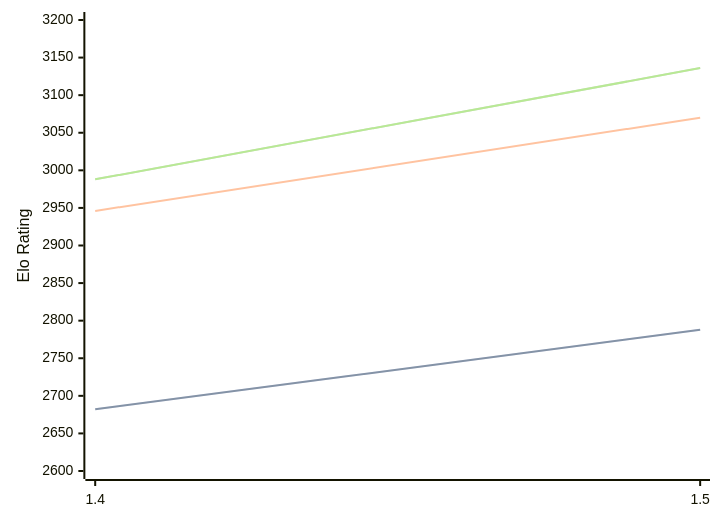
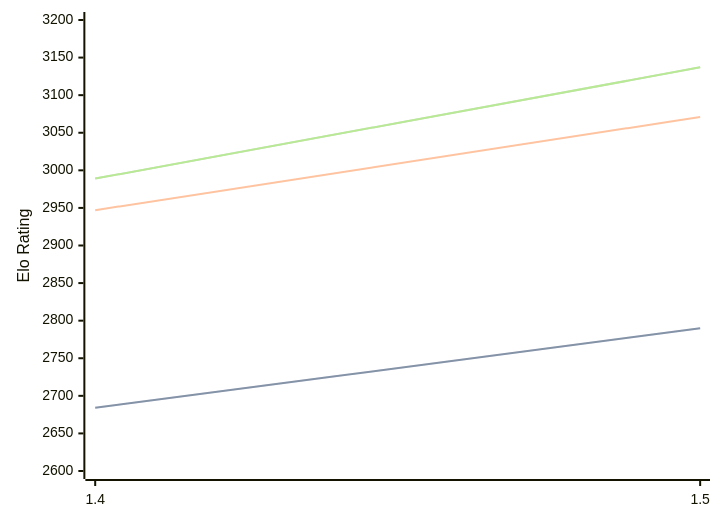
One commit to computer-chess-index/cci changed the diagram in engines/Yakka.md. Above: the diagram before and after it, drawn with Mermaid. The commit also changed other lines of this file, not shown here.

Commit message:
Update CCI Ratings (ELO VLTC) - 2026-03-29

````diff
--- a/engines/Yakka.md
+++ b/engines/Yakka.md
@@ -36,11 +36,11 @@
 ```mermaid
 %%{init: {"theme":"base","themeVariables":{"seriesColors:['#a3a3a3','#222221','#faa371']}}}%%
 xychart-beta
   x-axis ["1.4", "1.5"]
   y-axis "Elo Rating" 2600 --> 3200
-  line "STC (8.0+0.08s)" [2682, 2788]
-  line "STC (8.0+0.08s)" [2682, 2788]
-  line "LTC (60.0+0.60s)" [2946, 3070]
-  line "VLTC (2m24s+1.12s)" [2988, 3136]
-  line "VLTC (2m24s+1.12s)" [2988, 3136]
+  line "STC (8.0+0.08s)" [2684, 2790]
+  line "STC (8.0+0.08s)" [2684, 2790]
+  line "LTC (60.0+0.60s)" [2947, 3071]
+  line "VLTC (2m24s+1.12s)" [2989, 3137]
+  line "VLTC (2m24s+1.12s)" [2989, 3137]
 ```
````
